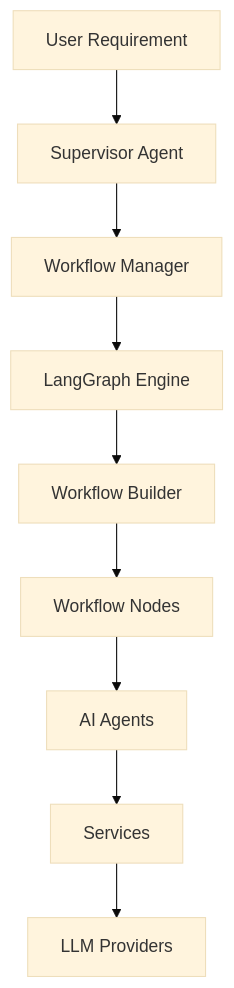
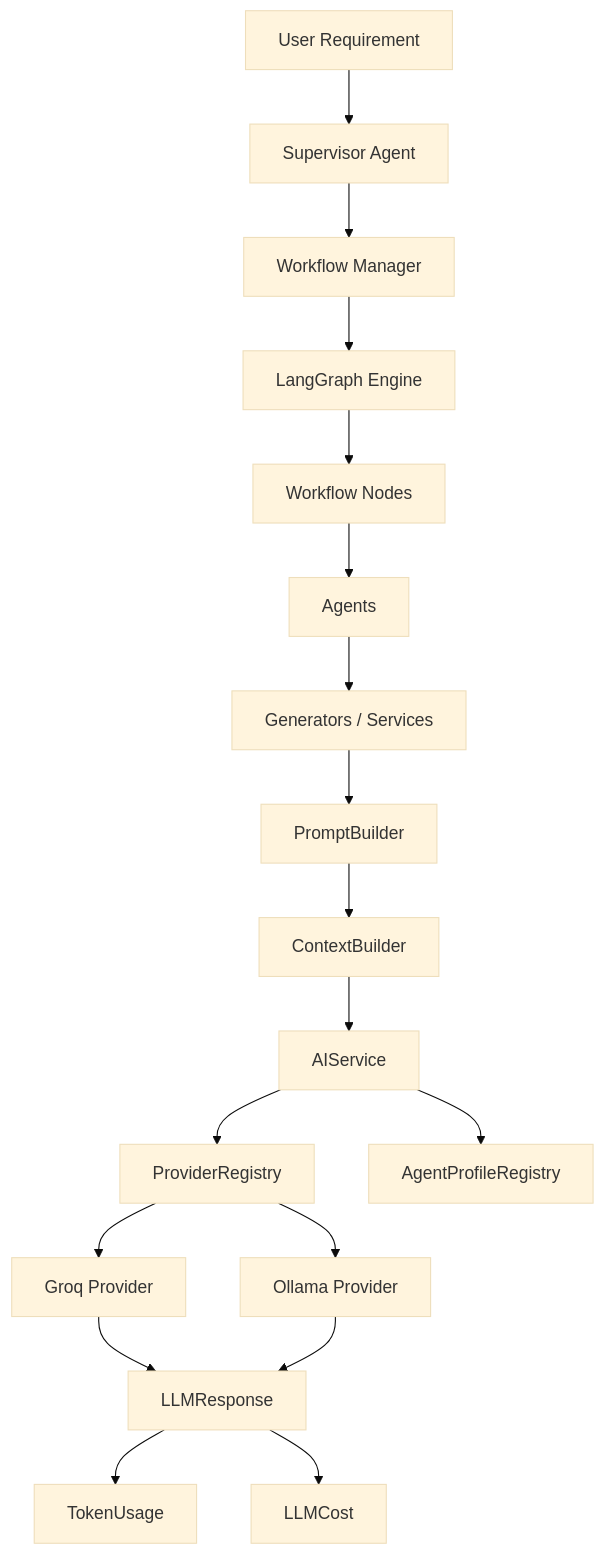
Before and after one commit to shaarv70/QAgentic: the first of 2 diagrams in README.md, drawn with Mermaid (base theme). The commit also changed other lines of this file and 54 other files, not shown here.

````diff
--- a/README.md
+++ b/README.md
@@ -69,30 +81,43 @@
 ```mermaid
 flowchart TD
 
 A["User Requirement"]
-
 B["Supervisor Agent"]
-
 C["Workflow Manager"]
-
 D["LangGraph Engine"]
-
-E["Workflow Builder"]
-
-F["Workflow Nodes"]
-
-G["AI Agents"]
-
-H["Services"]
-
-I["LLM Providers"]
+E["Workflow Nodes"]
+F["Agents"]
+G["Generators / Services"]
+H["PromptBuilder"]
+I["ContextBuilder"]
+J["AIService"]
+K["ProviderRegistry"]
+L["AgentProfileRegistry"]
+M["Groq Provider"]
+N["Ollama Provider"]
+O["LLMResponse"]
+P["TokenUsage"]
+Q["LLMCost"]
 
 A --> B
 B --> C
 C --> D
 D --> E
 E --> F
 F --> G
 G --> H
 H --> I
+I --> J
+
+J --> K
+J --> L
+
+K --> M
+K --> N
+
+M --> O
+N --> O
+
+O --> P
+O --> Q
 ```
````
